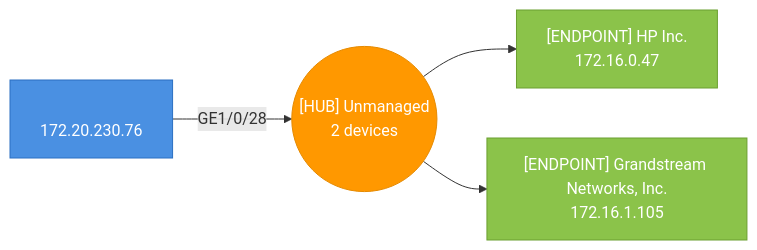
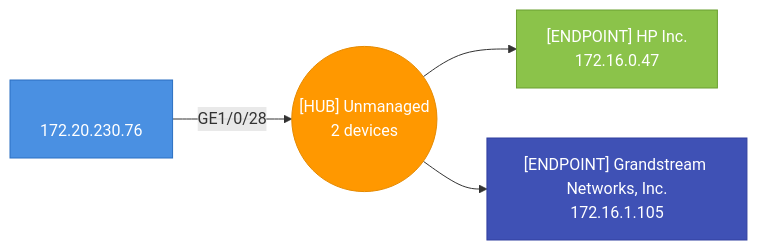
The sixth of 48 diagrams in testdata/golden/audit_default.md (djamic/LLDP-Skanner-Go), drawn with Mermaid before and after one commit. The commit also changed other lines of this file and 26 other files, not shown here.

Commit message:
Add standalone extensible VoIP detection module (Yealink, Grandstream, etc.) and integrate into topology graph

````diff
--- a/testdata/golden/audit_default.md
+++ b/testdata/golden/audit_default.md
@@ -1866,14 +1866,14 @@
 ```mermaid
 graph LR
   hub_4caea38decc1_p28(("[HUB] Unmanaged<br>2 devices"))
   4caea38decc1["<br>172.20.230.76"]
   4caea38decc1-- "GE1/0/28" -->hub_4caea38decc1_p28
   style 4caea38decc1 fill:#4A90E2,stroke:#2A6FC2,color:#fff
   c018035b6542["[ENDPOINT] HP Inc.<br>172.16.0.47"]
   hub_4caea38decc1_p28-->c018035b6542
   style c018035b6542 fill:#8BC34A,stroke:#6B9F30,color:#fff
   c074ad90018e["[ENDPOINT] Grandstream Networks, Inc.<br>172.16.1.105"]
   hub_4caea38decc1_p28-->c074ad90018e
-  style c074ad90018e fill:#8BC34A,stroke:#6B9F30,color:#fff
+  style c074ad90018e fill:#3F51B5,stroke:#303F9F,color:#fff
   style hub_4caea38decc1_p28 fill:#FF9800,stroke:#E68A00,color:#fff
 ```
````
